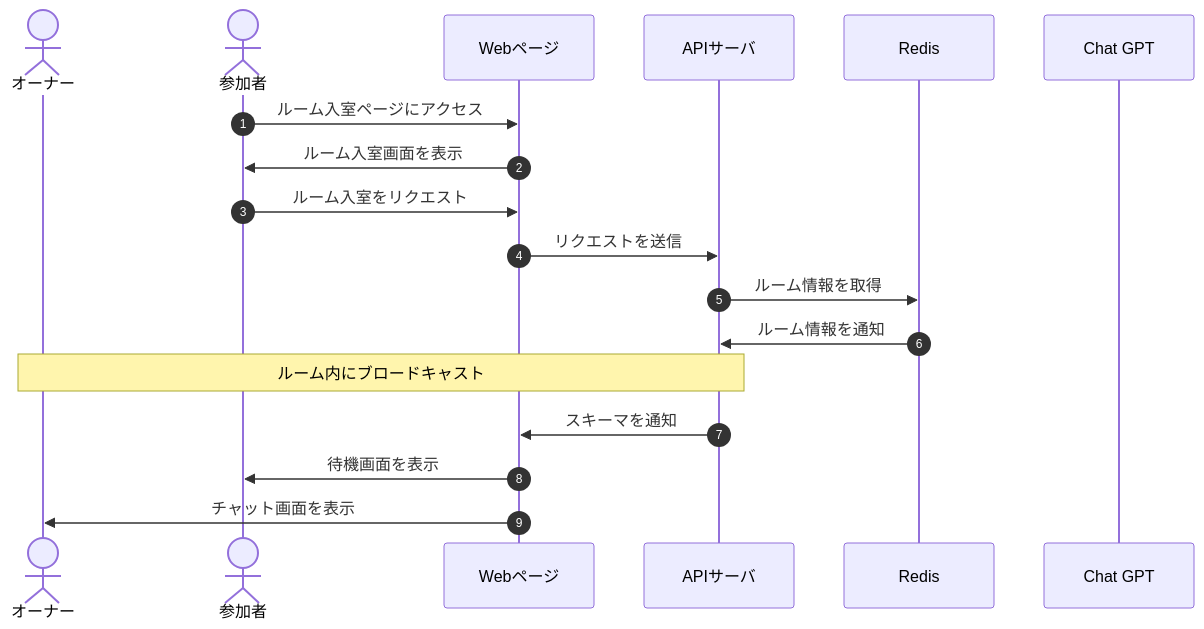
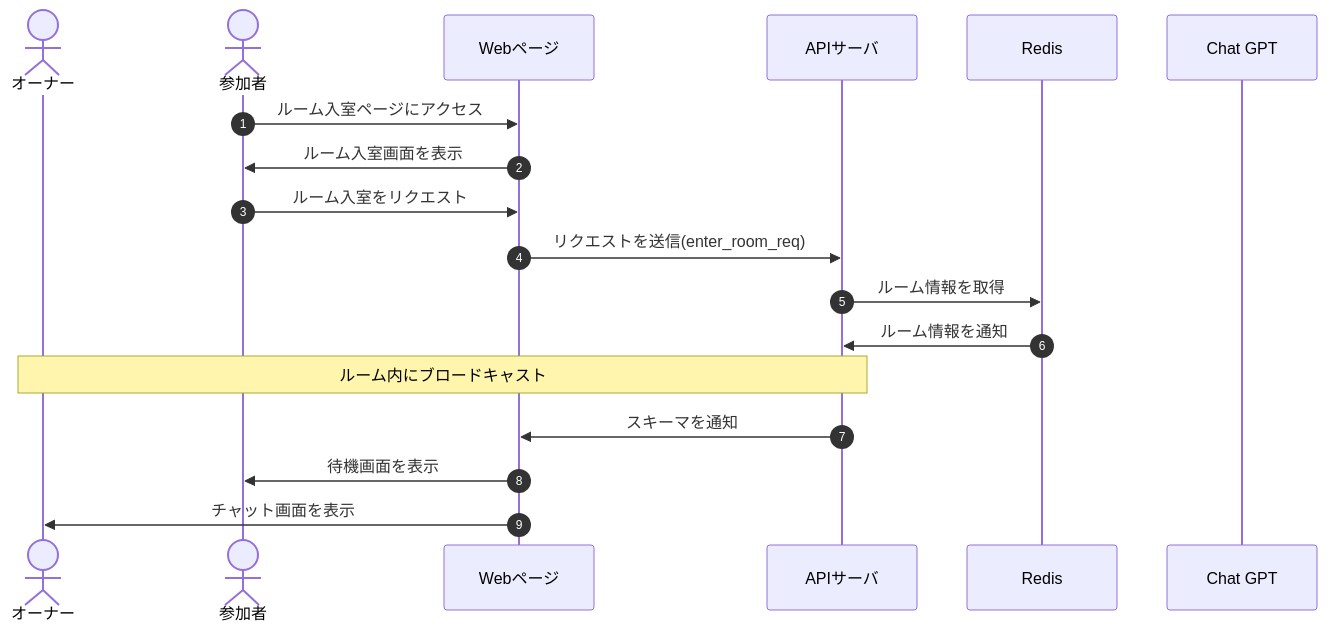
The diagram in docs/DesignDog/02_ルーム入室.md (Tanakaryuki/chat_wolf), drawn with Mermaid before and after one commit. The commit also changed other lines of this file and 29 other files, not shown here.

Commit message:
docs: 📄 fix Design Doc schema

````diff
--- a/docs/DesignDog/02_ルーム入室.md
+++ b/docs/DesignDog/02_ルーム入室.md
@@ -13,21 +13,21 @@
 ```mermaid
 sequenceDiagram
     autonumber
     actor owner as オーナー
     actor participants as 参加者
     participant front as Webページ
     participant api as APIサーバ
     participant db as Redis
     participant ai as Chat GPT
 
     participants->>front: ルーム入室ページにアクセス
     front->>participants: ルーム入室画面を表示
     participants->>front: ルーム入室をリクエスト
-    front->>api: リクエストを送信
+    front->>api: リクエストを送信(enter_room_req)
     api->>db: ルーム情報を取得
     db->>api: ルーム情報を通知
     Note over owner,api: ルーム内にブロードキャスト
     api->>front: スキーマを通知
     front->>participants: 待機画面を表示
     front->>owner: チャット画面を表示
 ```
````
